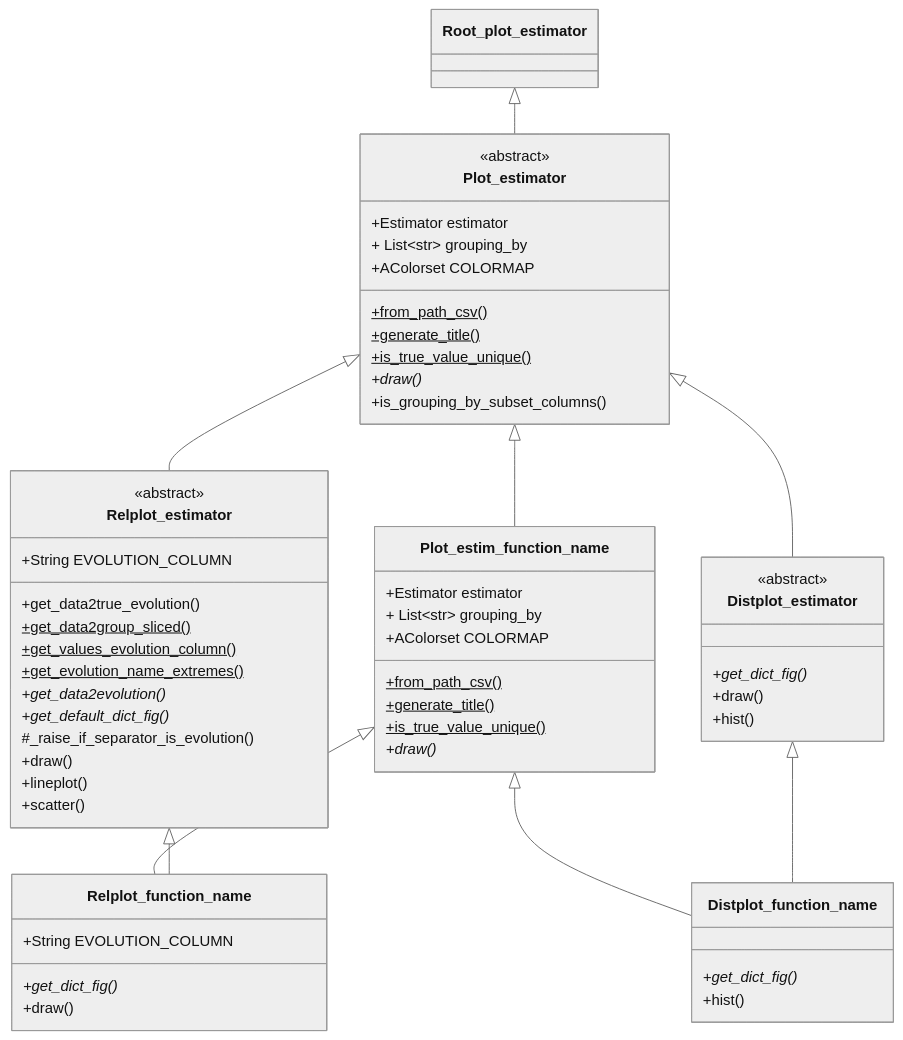
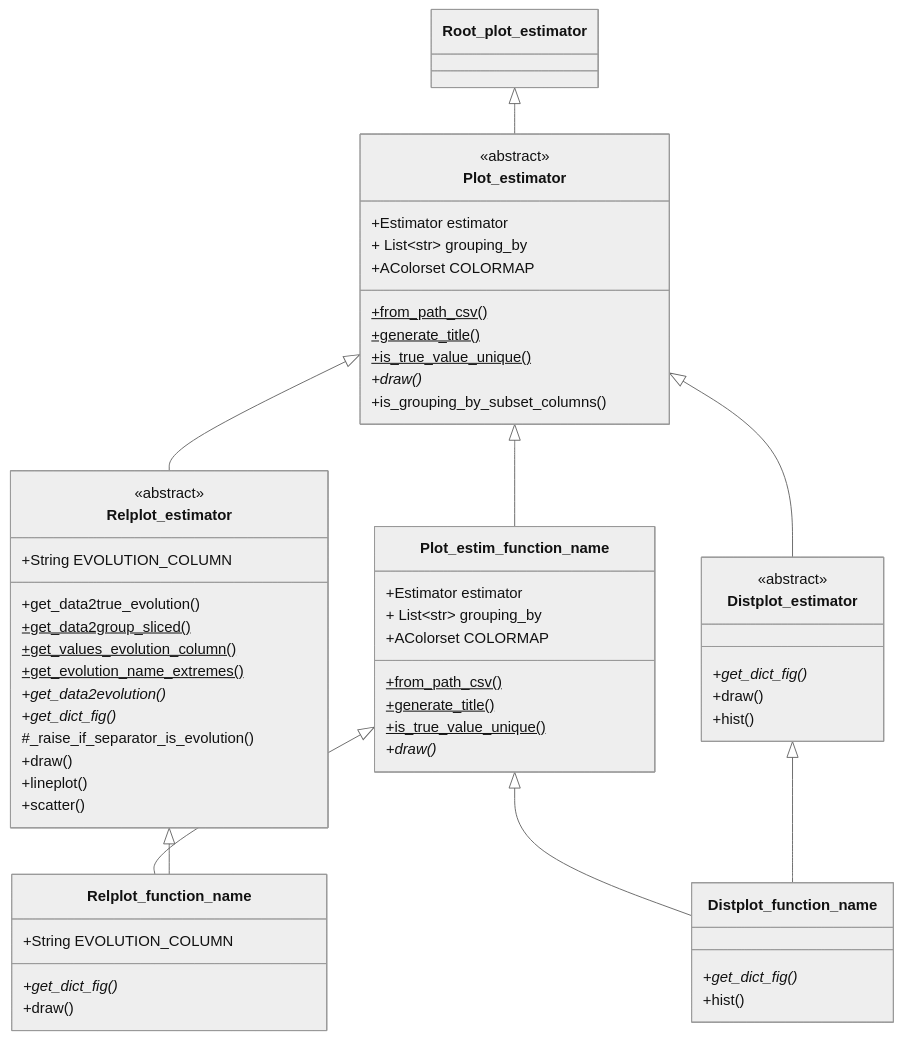
One commit to Code-Cornelius/CorAI changed the second of 3 diagrams in priv_lib_estimator/how_to_use_estimators_and_plotters.MD. Above: the diagram before and after it, drawn with Mermaid (neutral theme). The commit also changed 14 other files, not shown here.

````diff
--- a/priv_lib_estimator/how_to_use_estimators_and_plotters.MD
+++ b/priv_lib_estimator/how_to_use_estimators_and_plotters.MD
@@ -59,80 +59,80 @@
 ```mermaid
 classDiagram
         
         Root_plot_estimator  <|-- Plot_estimator
         
         Plot_estimator       <|-- Relplot_estimator
         Plot_estimator       <|-- Distplot_estimator
 
         Plot_estimator       <|-- Plot_estim_function_name
 
         Plot_estim_function_name       <|-- Relplot_function_name
         Plot_estim_function_name       <|-- Distplot_function_name
 
         Relplot_estimator       <|-- Relplot_function_name
         Distplot_estimator            <|-- Distplot_function_name
         
         
         <<abstract>> Plot_estimator
         <<abstract>> Relplot_estimator
         <<abstract>> Distplot_estimator
 
         
      
         Plot_estimator:                +from_path_csv()$ 
         Plot_estimator:                +generate_title()$ 
         Plot_estimator:                +is_true_value_unique()$
         Plot_estimator:                +draw()* 
 
         Plot_estimator:                +Estimator estimator 
         Plot_estimator:                + List~str~ grouping_by
         Plot_estimator:                +AColorset COLORMAP
         Plot_estimator:                +is_grouping_by_subset_columns()
 
 
         
         Relplot_estimator:       +String EVOLUTION_COLUMN
         
         Relplot_estimator:       +get_data2true_evolution()
         Relplot_estimator:       +get_data2group_sliced()$   
         Relplot_estimator:       +get_values_evolution_column()$     
         Relplot_estimator:       +get_evolution_name_extremes()$  
         Relplot_estimator:       +get_data2evolution()* 
-        Relplot_estimator:       +get_default_dict_fig()* 
+        Relplot_estimator:       +get_dict_fig()* 
         
         Relplot_estimator:       #_raise_if_separator_is_evolution()    
         Relplot_estimator:       +draw()     
         Relplot_estimator:       +lineplot()     
         Relplot_estimator:       +scatter()     
 
         
         Distplot_estimator:       +get_dict_fig()*
         Distplot_estimator:       +draw()
         Distplot_estimator:       +hist()
 
 
 
         
         
         Plot_estim_function_name:                +from_path_csv()$ 
         Plot_estim_function_name:                +generate_title()$ 
         Plot_estim_function_name:                +is_true_value_unique()$
         Plot_estim_function_name:                +draw()* 
 
         Plot_estim_function_name:                +Estimator estimator 
         Plot_estim_function_name:                + List~str~ grouping_by
         Plot_estim_function_name:                +AColorset COLORMAP
 
 
         
         Relplot_function_name:       +String EVOLUTION_COLUMN
         
         Relplot_function_name:       +get_dict_fig()* 
         Relplot_function_name:       +draw()     
 
         
         
         Distplot_function_name:       +get_dict_fig()*
         Distplot_function_name:       +hist()
         
 ```
````
